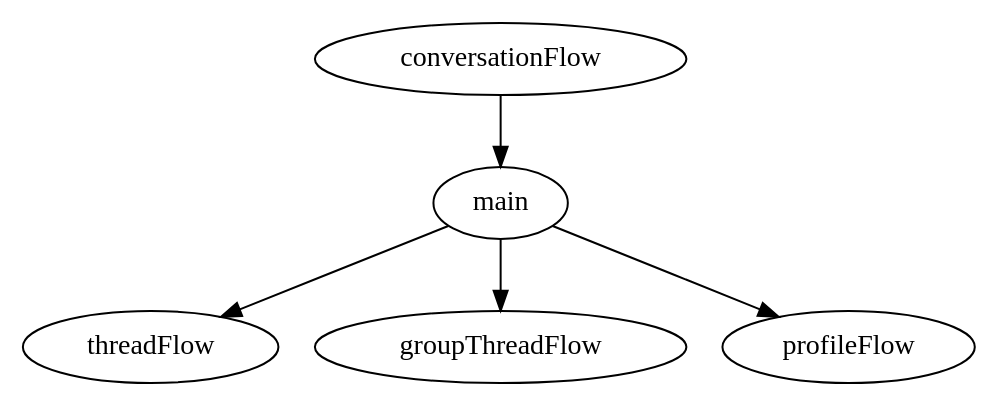
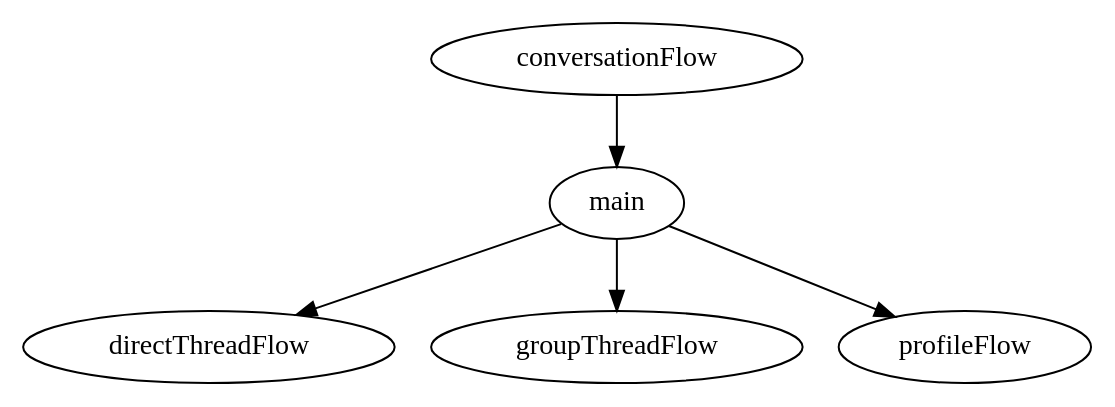
Before and after one commit to DeveloperPalmer/clarify-android: the diagram in feature/chat-conversation/routing/src/main/way/conversation_flow.dot, drawn with Graphviz. The commit also changed 121 other files, not shown here.

Commit message:
[chat-direct-thread] Major Refactoring

```diff
--- a/feature/chat-conversation/routing/src/main/way/conversation_flow.dot
+++ b/feature/chat-conversation/routing/src/main/way/conversation_flow.dot
@@ -1,32 +1,32 @@
 digraph ConversationFlow {
   package = "ru.sla.clarify.feature.chat.conversation.routing"
 
   conversationFlow [
     type = "flow",
     resultType = "ru.sla.clarify.feature.chat.conversation.routing.ConversationFlow.Result"
   ]
 
-  threadFlow [
+  directThreadFlow [
     type = "schema"
-    parameterName = "target"
-    parameterType = "ru.sla.clarify.feature.chat.direct.thread.domain.entity.ThreadTarget"
+    parameterName = "params"
+    parameterType = "ru.sla.clarify.feature.chat.direct.thread.domain.entity.TargetParams"
   ]
 
   groupThreadFlow [
     type = "schema"
-    parameterName = "conversationId"
-    parameterType = "ru.sla.clarify.feature.chat.conversation.domain.entity.Conversation.Id"
+    parameterName = "params"
+    parameterType = "ru.sla.clarify.feature.chat.group.thread.domain.entity.TargetParams"
     resultType = "ru.sla.clarify.feature.chat.group.thread.routing.GroupThreadFlow.Result"
   ]
 
   profileFlow [
     type = "schema",
     resultType = "ru.sla.clarify.feature.profile.routing.ProfileFlow.Result"
   ]
 
   conversationFlow -> main
 
-  main -> threadFlow
+  main -> directThreadFlow
   main -> groupThreadFlow
   main -> profileFlow
 }
```
